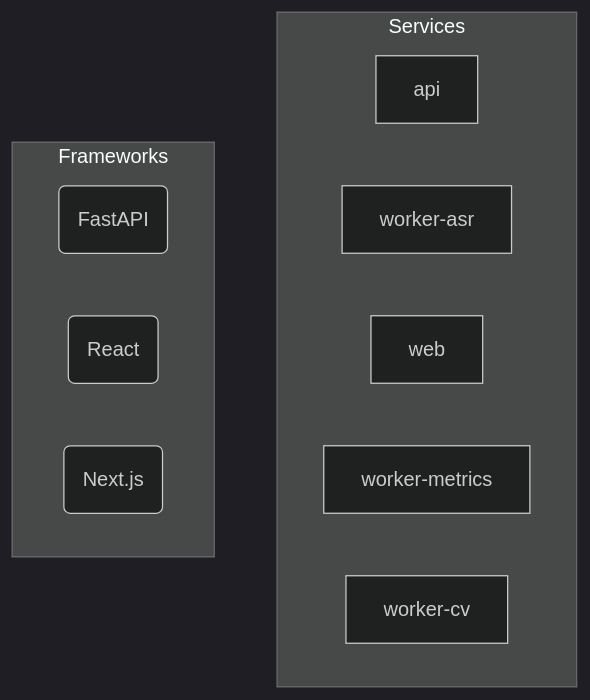
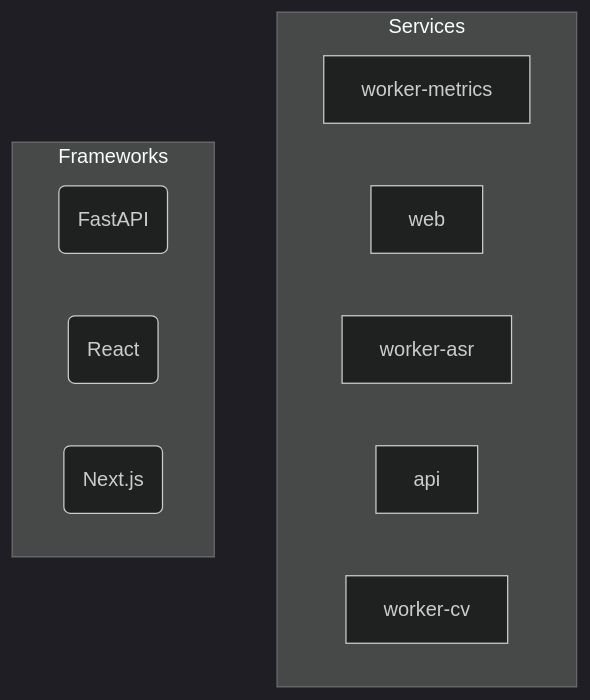
One commit to NITISH-R-G/PedagogyX changed the diagram in README.md. Above: the diagram before and after it, drawn with Mermaid (dark theme). The commit also changed other lines of this file and 3 other files, not shown here.

Commit message:
docs: auto-generate repository documentation and diagrams [skip ci]

````diff
--- a/README.md
+++ b/README.md
@@ -38,22 +38,22 @@
 ```mermaid
 graph TD
     subgraph Services
+        worker_metrics["worker-metrics"]
+        click worker_metrics href "services/worker-metrics" "Go to worker-metrics source"
+        web["web"]
+        click web href "services/web" "Go to web source"
+        worker_asr["worker-asr"]
+        click worker_asr href "services/worker-asr" "Go to worker-asr source"
         api["api"]
         click api href "services/api" "Go to api source"
-        worker_asr["worker-asr"]
-        click worker_asr href "services/worker-asr" "Go to worker-asr source"
-        web["web"]
-        click web href "services/web" "Go to web source"
-        worker_metrics["worker-metrics"]
-        click worker_metrics href "services/worker-metrics" "Go to worker-metrics source"
         worker_cv["worker-cv"]
         click worker_cv href "services/worker-cv" "Go to worker-cv source"
     end
 
     subgraph Frameworks
         FastAPI(FastAPI)
         React(React)
         Next_js(Next.js)
     end
 
 ```
````
